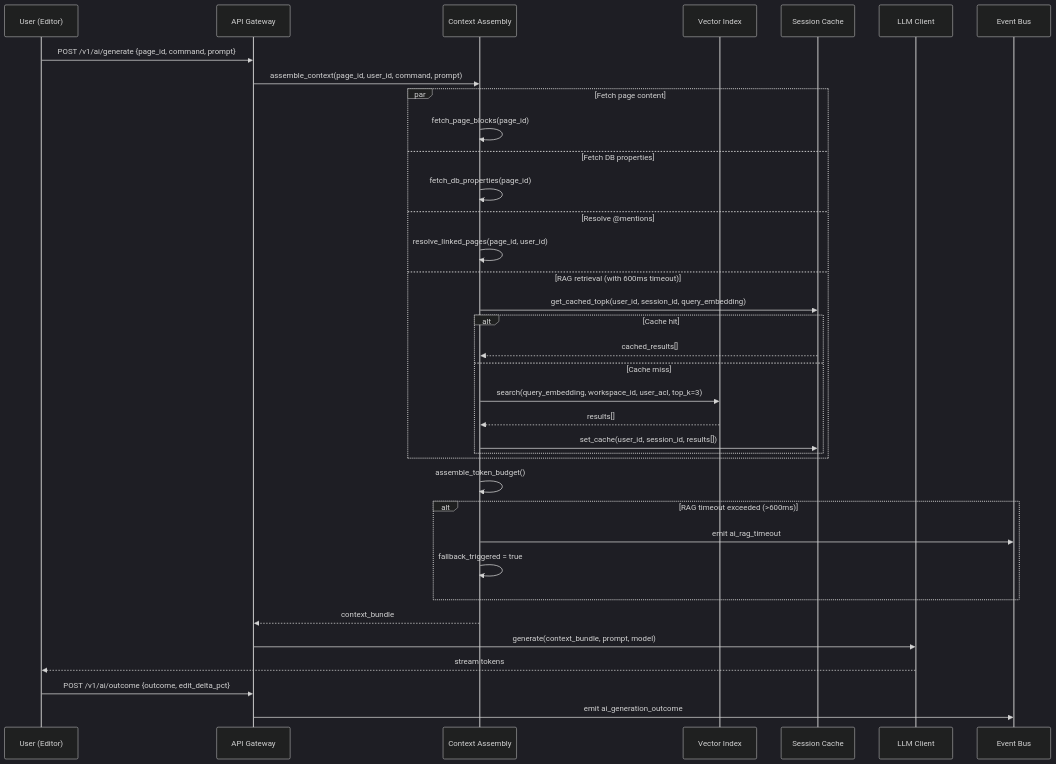
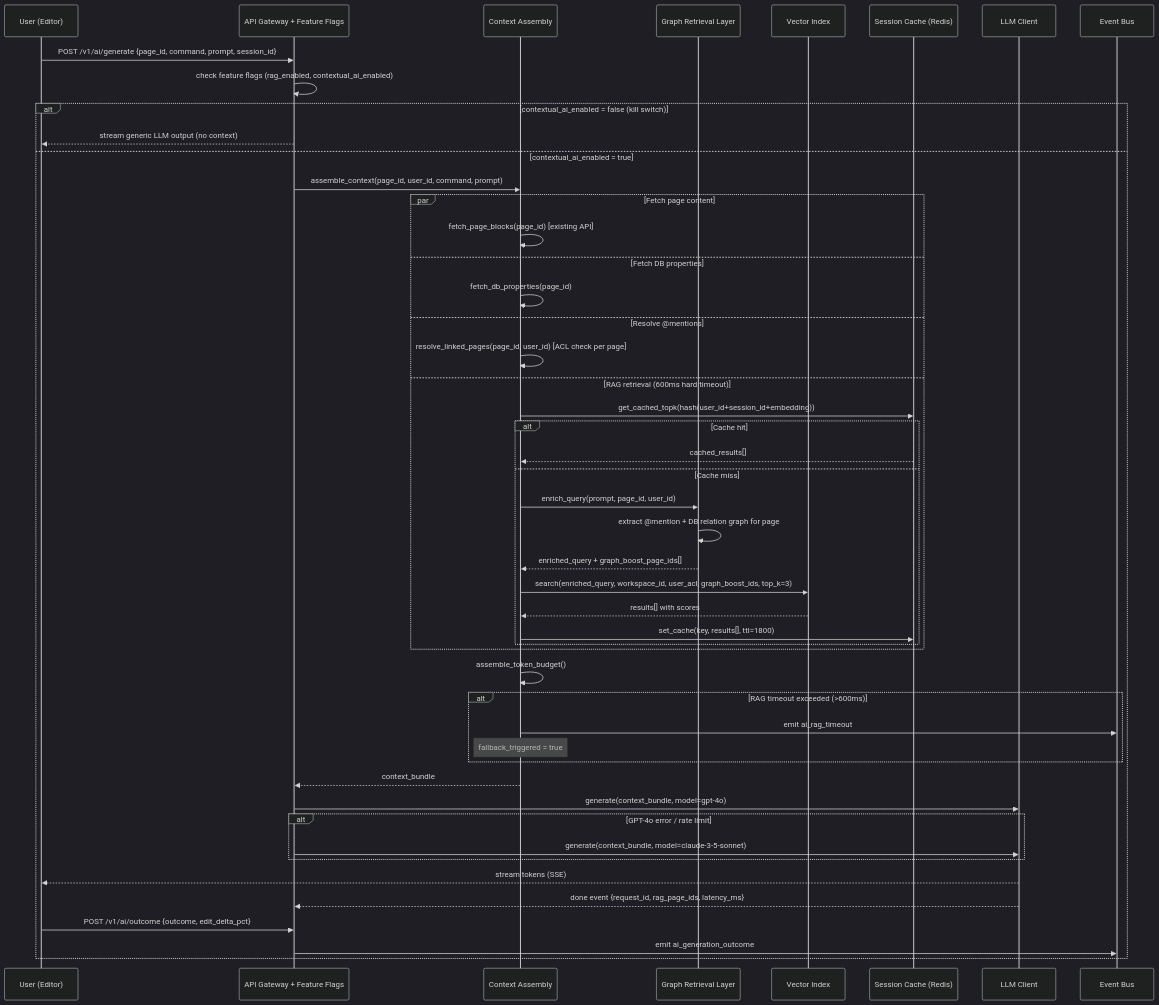
The second of 2 diagrams in notion-ai-architecture.md (004mayank/product-systems-explained), drawn with Mermaid (dark theme) before and after one commit. The commit also changed other lines of this file, not shown here.

Commit message:
Add Notion AI architecture v3 - 2026-04-13

````diff
--- a/notion-ai-architecture.md
+++ b/notion-ai-architecture.md
@@ -112,45 +146,61 @@
 ```mermaid
 sequenceDiagram
     participant U as User (Editor)
-    participant GW as API Gateway
+    participant GW as API Gateway + Feature Flags
     participant CA as Context Assembly
+    participant GR as Graph Retrieval Layer
     participant VI as Vector Index
-    participant SC as Session Cache
+    participant SC as Session Cache (Redis)
     participant LLM as LLM Client
     participant EB as Event Bus
 
-    U->>GW: POST /v1/ai/generate {page_id, command, prompt}
-    GW->>CA: assemble_context(page_id, user_id, command, prompt)
+    U->>GW: POST /v1/ai/generate {page_id, command, prompt, session_id}
+    GW->>GW: check feature flags (rag_enabled, contextual_ai_enabled)
 
-    par Fetch page content
-        CA->>CA: fetch_page_blocks(page_id)
-    and Fetch DB properties
-        CA->>CA: fetch_db_properties(page_id)
-    and Resolve @mentions
-        CA->>CA: resolve_linked_pages(page_id, user_id)
-    and RAG retrieval (with 600ms timeout)
-        CA->>SC: get_cached_topk(user_id, session_id, query_embedding)
-        alt Cache hit
-            SC-->>CA: cached_results[]
-        else Cache miss
-            CA->>VI: search(query_embedding, workspace_id, user_acl, top_k=3)
-            VI-->>CA: results[]
-            CA->>SC: set_cache(user_id, session_id, results[])
+    alt contextual_ai_enabled = false (kill switch)
+        GW-->>U: stream generic LLM output (no context)
+    else contextual_ai_enabled = true
+        GW->>CA: assemble_context(page_id, user_id, command, prompt)
+
+        par Fetch page content
+            CA->>CA: fetch_page_blocks(page_id) [existing API]
+        and Fetch DB properties
+            CA->>CA: fetch_db_properties(page_id)
+        and Resolve @mentions
+            CA->>CA: resolve_linked_pages(page_id, user_id) [ACL check per page]
+        and RAG retrieval (600ms hard timeout)
+            CA->>SC: get_cached_topk(hash(user_id+session_id+embedding))
+            alt Cache hit
+                SC-->>CA: cached_results[]
+            else Cache miss
+                CA->>GR: enrich_query(prompt, page_id, user_id)
+                GR->>GR: extract @mention + DB relation graph for page
+                GR-->>CA: enriched_query + graph_boost_page_ids[]
+                CA->>VI: search(enriched_query, workspace_id, user_acl, graph_boost_ids, top_k=3)
+                VI-->>CA: results[] with scores
+                CA->>SC: set_cache(key, results[], ttl=1800)
+            end
         end
+
+        CA->>CA: assemble_token_budget()
+
+        alt RAG timeout exceeded (>600ms)
+            CA->>EB: emit ai_rag_timeout
+            note over CA: fallback_triggered = true
+        end
+
+        CA-->>GW: context_bundle
+
+        GW->>LLM: generate(context_bundle, model=gpt-4o)
+
+        alt GPT-4o error / rate limit
+            GW->>LLM: generate(context_bundle, model=claude-3-5-sonnet)
+        end
+
+        LLM-->>U: stream tokens (SSE)
+        LLM-->>GW: done event {request_id, rag_page_ids, latency_ms}
+
+        U->>GW: POST /v1/ai/outcome {outcome, edit_delta_pct}
+        GW->>EB: emit ai_generation_outcome
     end
-
-    CA->>CA: assemble_token_budget()
-
-    alt RAG timeout exceeded (>600ms)
-        CA->>EB: emit ai_rag_timeout
-        CA->>CA: fallback_triggered = true
-    end
-
-    CA-->>GW: context_bundle
-
-    GW->>LLM: generate(context_bundle, prompt, model)
-    LLM-->>U: stream tokens
-
-    U->>GW: POST /v1/ai/outcome {outcome, edit_delta_pct}
-    GW->>EB: emit ai_generation_outcome
 ```
````
